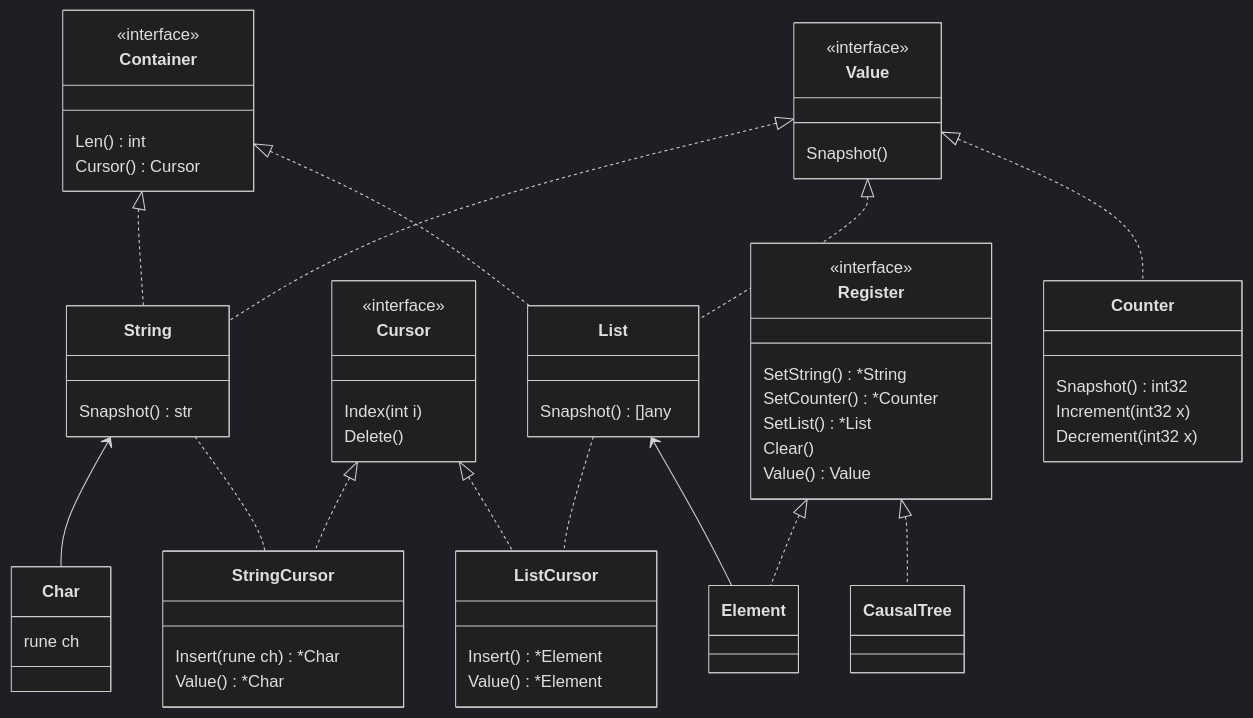
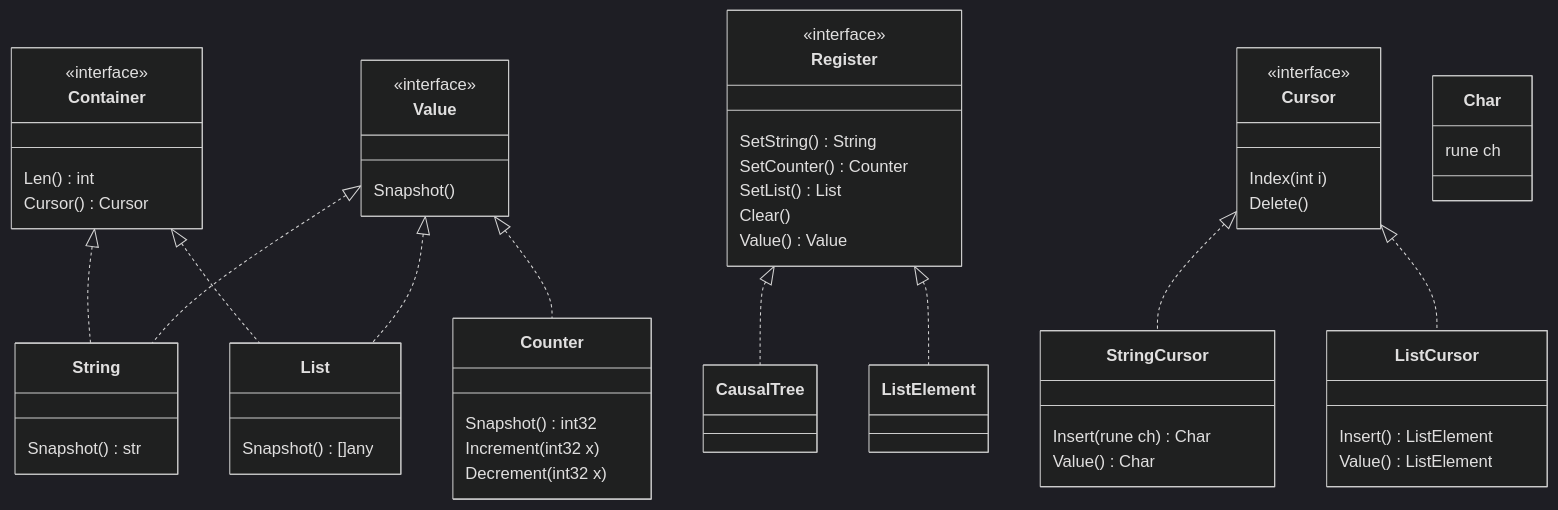
One commit to crdteam/causal-tree changed the first of 2 diagrams in cmd/new-api-example/README.md. Above: the diagram before and after it, drawn with Mermaid (dark theme). The commit also changed other lines of this file, not shown here.

Commit message:
Update class diagrams

````diff
--- a/cmd/new-api-example/README.md
+++ b/cmd/new-api-example/README.md
@@ -3,63 +5,59 @@
 ```mermaid
 classDiagram
     class Container
     <<interface>> Container
     Container: Len() int
     Container: Cursor() Cursor
     
     class Value
     <<interface>> Value
     Value: Snapshot()
 
     class String
     Container <|.. String
     Value <|.. String
     String: Snapshot() str
     
     class List
     Container <|.. List
     Value <|.. List
     List: Snapshot() []any
     
     class CausalTree
     Register <|.. CausalTree
 
     class Cursor
     <<interface>> Cursor
     Cursor: Index(int i)
     Cursor: Delete()
     
     class Register
     <<interface>> Register
-    Register: SetString() *String
-    Register: SetCounter() *Counter
-    Register: SetList() *List
+    Register: SetString() String
+    Register: SetCounter() Counter
+    Register: SetList() List
     Register: Clear()
     Register: Value() Value
 
     class Char
-    String <-- Char
     Char: rune ch
     
     class StringCursor
-    String .. StringCursor
     Cursor <|.. StringCursor
-    StringCursor: Insert(rune ch) *Char
-    StringCursor: Value() *Char
+    StringCursor: Insert(rune ch) Char
+    StringCursor: Value() Char
     
     class ListCursor
     Cursor <|.. ListCursor
-    List .. ListCursor
-    ListCursor: Insert() *Element
-    ListCursor: Value() *Element
+    ListCursor: Insert() ListElement
+    ListCursor: Value() ListElement
     
-    class Element
-    List <-- Element
-    Register <|.. Element
+    class ListElement
+    Register <|.. ListElement
     
     class Counter
     Value <|.. Counter
     Counter: Snapshot() int32
     Counter: Increment(int32 x)
     Counter: Decrement(int32 x)
 ```
````
